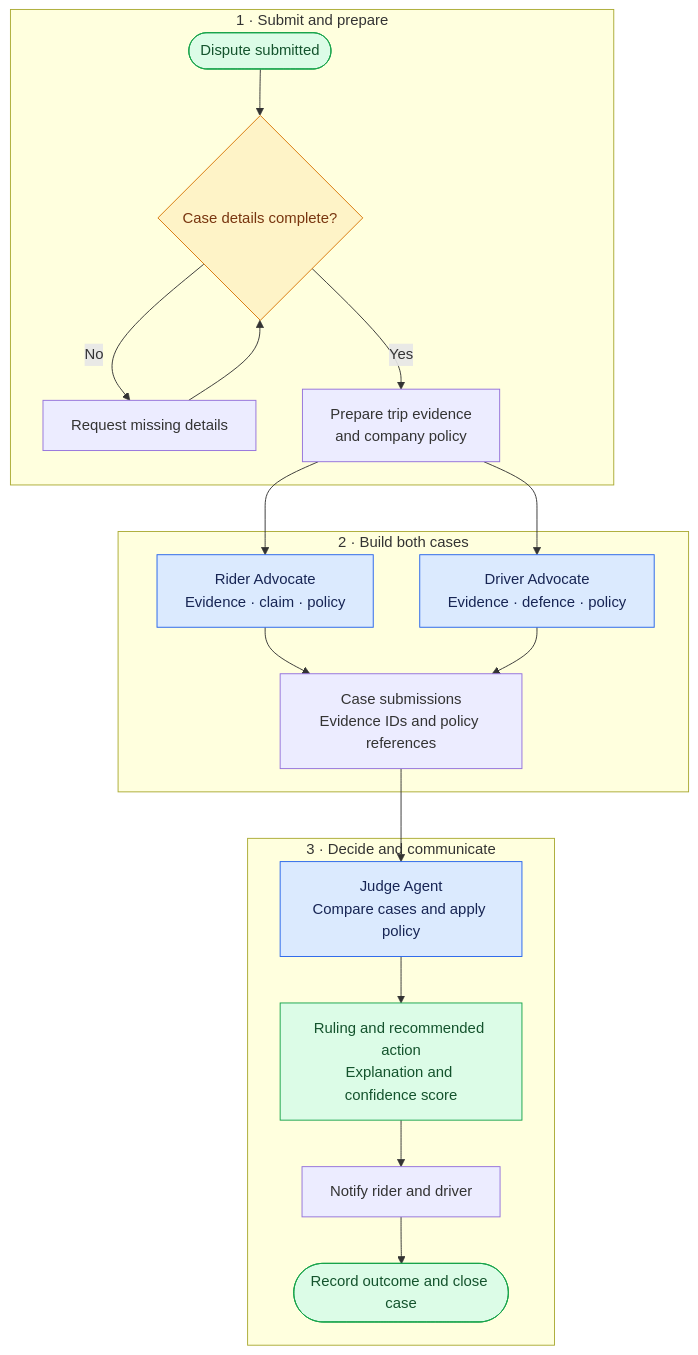
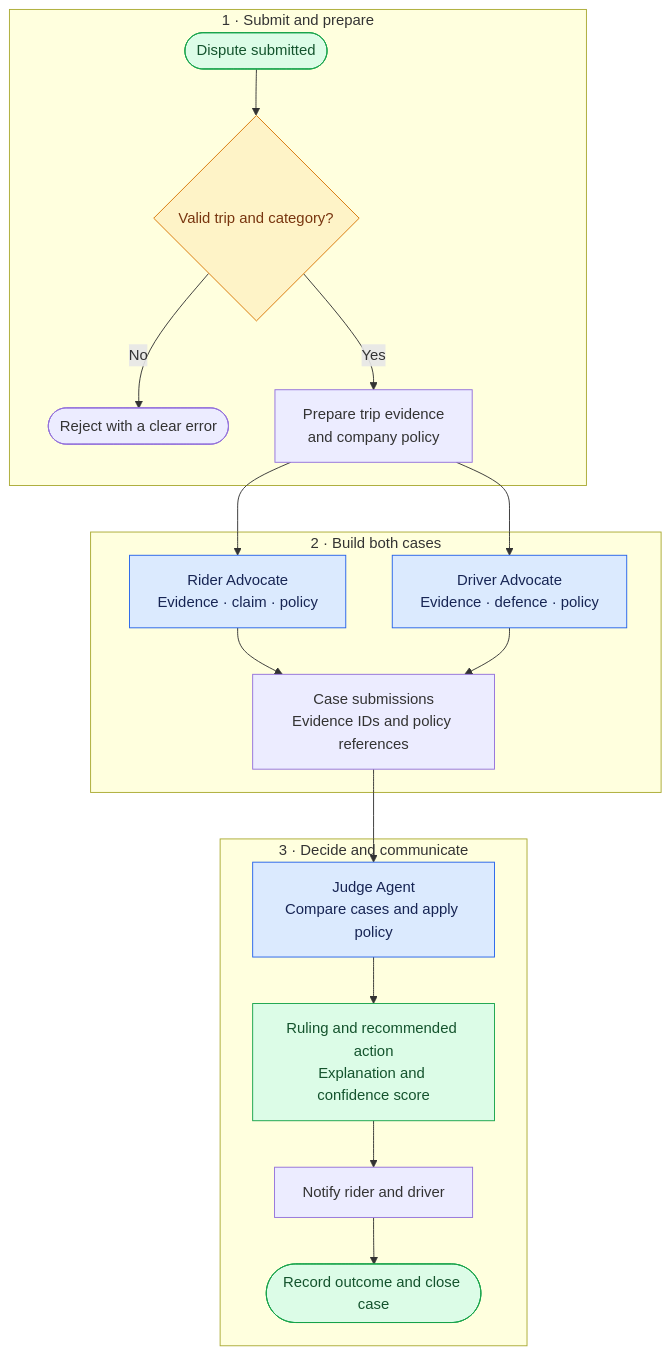
The first of 3 diagrams in workflow.md (Bread04/Tencent-AI-Cloud-Hackathon), drawn with Mermaid before and after one commit. The commit also changed other lines of this file and 1 other file, not shown here.

````diff
--- a/workflow.md
+++ b/workflow.md
@@ -20,36 +24,35 @@
 ```mermaid
 flowchart TB
     subgraph INTAKE["1 · Submit and prepare"]
-        A(["Dispute submitted"]) --> B{"Case details complete?"}
-        B -->|No| C["Request missing details"]
-        C --> B
+        A(["Dispute submitted"]) --> B{"Valid trip and category?"}
+        B -->|No| C(["Reject with a clear error"])
         B -->|Yes| E["Prepare trip evidence<br/>and company policy"]
     end
 
     subgraph CASES["2 · Build both cases"]
         R["Rider Advocate<br/>Evidence · claim · policy"]
         D["Driver Advocate<br/>Evidence · defence · policy"]
         P["Case submissions<br/>Evidence IDs and policy references"]
         R --> P
         D --> P
     end
 
     subgraph DECISION["3 · Decide and communicate"]
         J["Judge Agent<br/>Compare cases and apply policy"]
         O["Ruling and recommended action<br/>Explanation and confidence score"]
         N["Notify rider and driver"]
         Z(["Record outcome and close case"])
         J --> O --> N --> Z
     end
 
     E --> R
     E --> D
     P --> J
 
     classDef agent fill:#dbeafe,stroke:#2563eb,color:#172554
     classDef decision fill:#fef3c7,stroke:#d97706,color:#78350f
     classDef outcome fill:#dcfce7,stroke:#16a34a,color:#14532d
     class R,D,J agent
     class B decision
     class A,O,Z outcome
 ```
````
